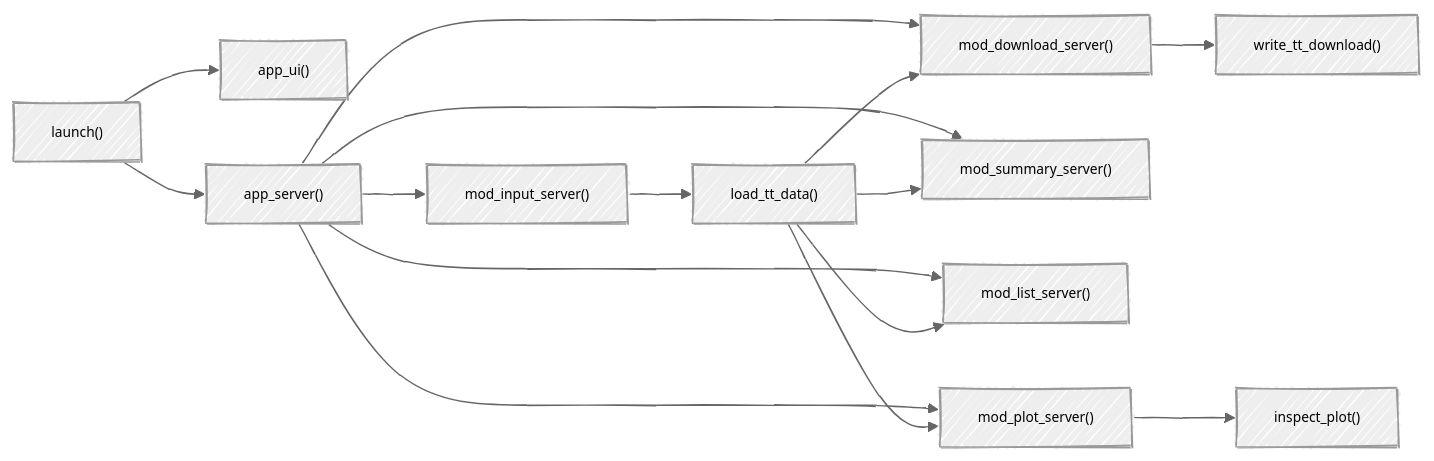
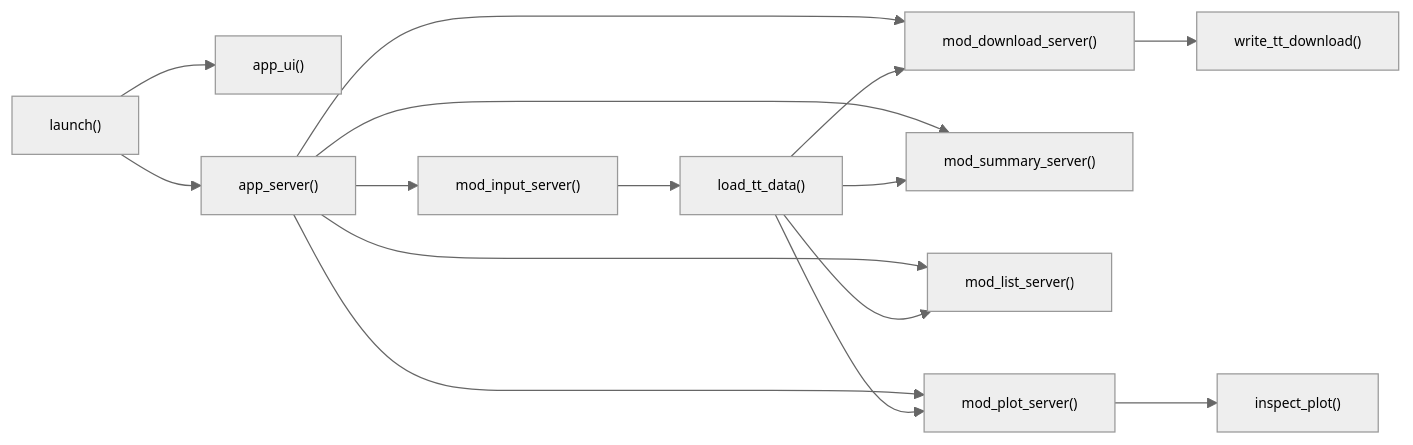
One commit to mjfrigaard/ttdviewer changed the first of 4 diagrams in README.md. Above: the diagram before and after it, drawn with Mermaid. The commit also changed other lines of this file, not shown here.

Commit message:
updates to mermaid

````diff
--- a/README.md
+++ b/README.md
@@ -38,18 +38,18 @@
 ```mermaid
-%%{init: {'theme': 'neutral', 'look': 'handDrawn', 'themeVariables': { 'fontFamily': 'monospace', 'fontSize':'11px'}}}%%
+%%{init: {'theme': 'neutral','themeVariables': { 'fontFamily': 'monospace', 'fontSize':'11px'}}}%%
 flowchart LR
   Launch["launch()"] --> UI["app_ui()"]
   Launch --> Server["app_server()"]
   Server --> Input["mod_input_server()"]
   Input --> Data["load_tt_data()"]
   Server --> Download["mod_download_server()"]
   Download --> WriteDownload["write_tt_download()"]
   Server --> Summary["mod_summary_server()"]
   Server --> List["mod_list_server()"]
   Server --> Plot["mod_plot_server()"]
   Plot --> InspectPlot["inspect_plot()"]
   Data --> Summary
   Data --> Download
   Data --> List
   Data --> Plot
 ```
````
